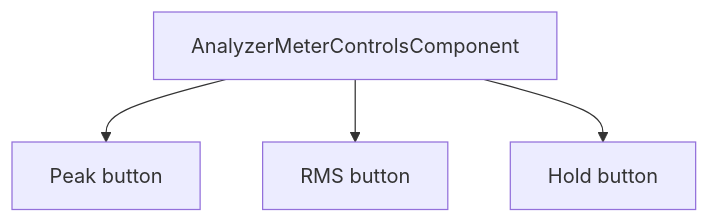
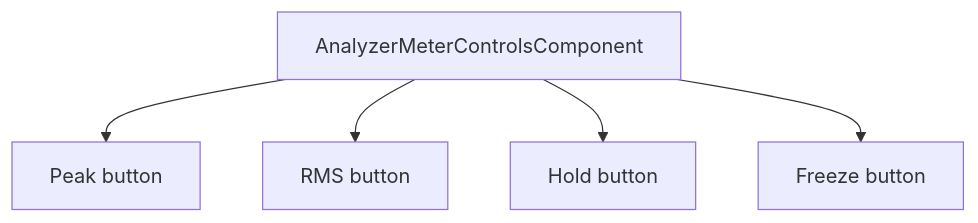
The ninth of 10 diagrams in docs/ui-architecture.md (Silenterc/Band-Spectrum-Analyzer), drawn with Mermaid before and after one commit. The commit also changed other lines of this file and 17 other files, not shown here.

````diff
--- a/docs/ui-architecture.md
+++ b/docs/ui-architecture.md
@@ -372,6 +380,7 @@
 ```mermaid
 flowchart TD
     MeterRail[AnalyzerMeterControlsComponent] --> Peak[Peak button]
     MeterRail --> RMS[RMS button]
     MeterRail --> Hold[Hold button]
+    MeterRail --> Freeze[Freeze button]
 ```
````
